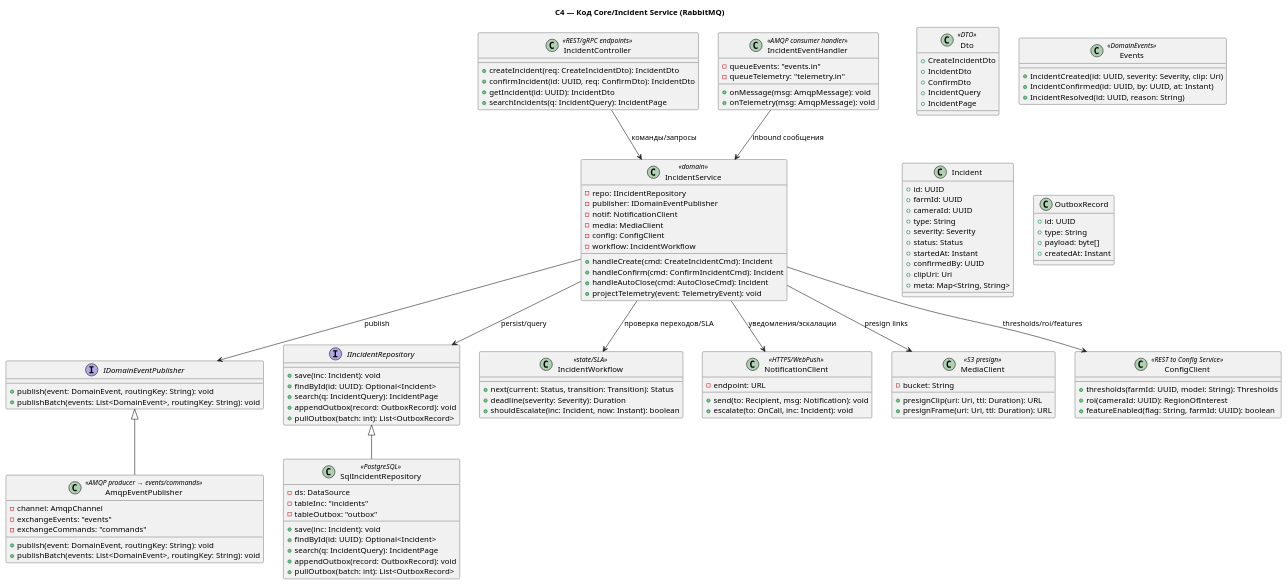
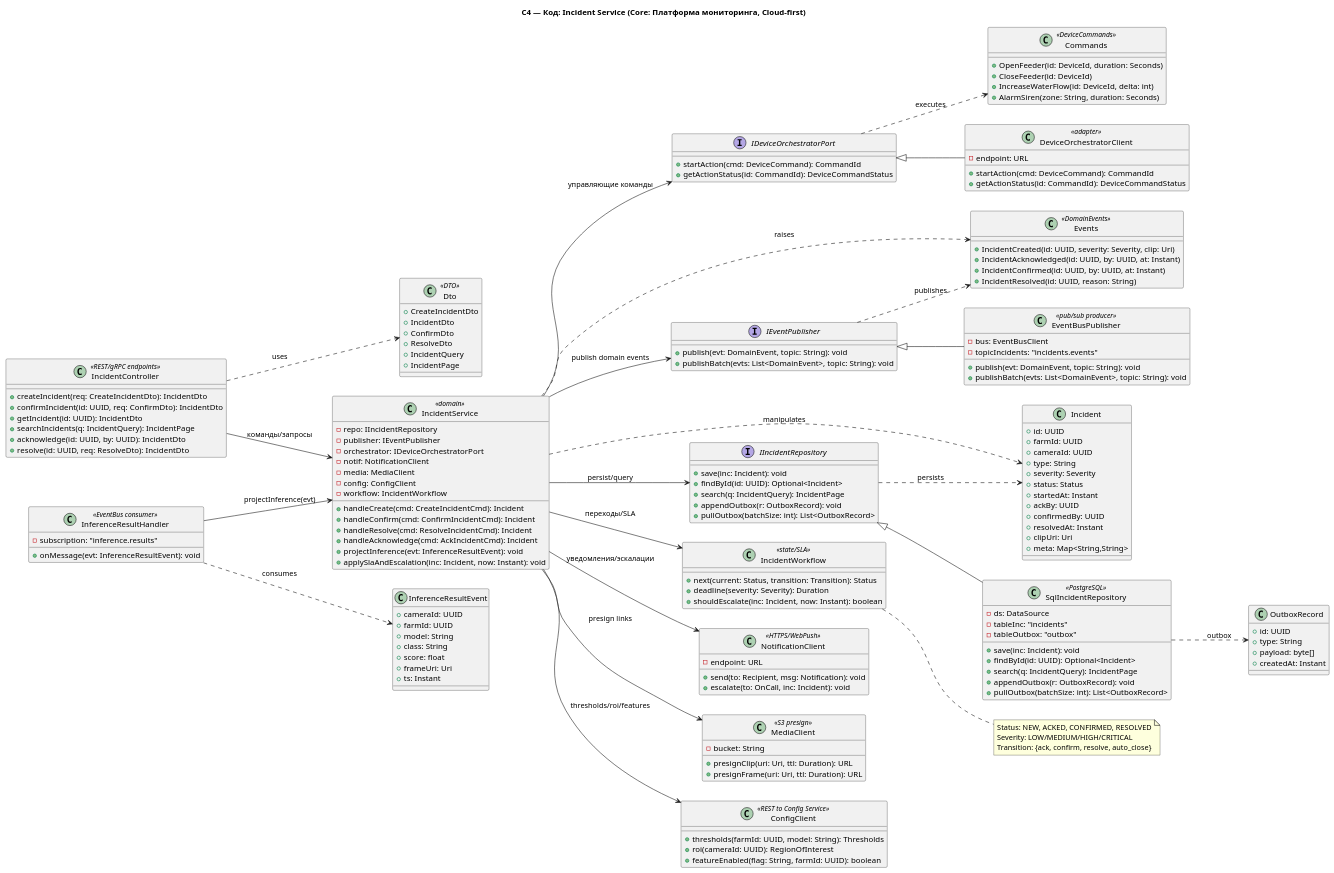
Before and after one commit to G-NighT/MSA-AgroTech: the diagram in Task3/C4-alt-core.puml, drawn with PlantUML. The commit also changed 10 other files, not shown here.

```diff
--- a/Task3/C4-alt-core.puml
+++ b/Task3/C4-alt-core.puml
@@ -1,154 +1,197 @@
 @startuml C4-alt-core
 
-top to bottom direction
+left to right direction
 
-title C4 — Код Core/Incident Service (RabbitMQ)
+title C4 — Код: Incident Service (Core: Платформа мониторинга, Cloud-first)
 
 ' Контроллер/хендлеры
 class IncidentController <<REST/gRPC endpoints>> {
   +createIncident(req: CreateIncidentDto): IncidentDto
   +confirmIncident(id: UUID, req: ConfirmDto): IncidentDto
   +getIncident(id: UUID): IncidentDto
   +searchIncidents(q: IncidentQuery): IncidentPage
+  +acknowledge(id: UUID, by: UUID): IncidentDto
+  +resolve(id: UUID, req: ResolveDto): IncidentDto
 }
 
-class IncidentEventHandler <<AMQP consumer handler>> {
-  -queueEvents: "events.in"
-  -queueTelemetry: "telemetry.in"
-  +onMessage(msg: AmqpMessage): void
-  +onTelemetry(msg: AmqpMessage): void
+class InferenceResultHandler <<EventBus consumer>> {
+  -subscription: "inference.results"
+  +onMessage(evt: InferenceResultEvent): void
 }
 
 ' Домен
 class IncidentService <<domain>> {
   -repo: IIncidentRepository
-  -publisher: IDomainEventPublisher
+  -publisher: IEventPublisher
+  -orchestrator: IDeviceOrchestratorPort
   -notif: NotificationClient
   -media: MediaClient
   -config: ConfigClient
   -workflow: IncidentWorkflow
   +handleCreate(cmd: CreateIncidentCmd): Incident
   +handleConfirm(cmd: ConfirmIncidentCmd): Incident
-  +handleAutoClose(cmd: AutoCloseCmd): Incident
-  +projectTelemetry(event: TelemetryEvent): void
+  +handleResolve(cmd: ResolveIncidentCmd): Incident
+  +handleAcknowledge(cmd: AckIncidentCmd): Incident
+  +projectInference(evt: InferenceResultEvent): void
+  +applySlaAndEscalation(inc: Incident, now: Instant): void
 }
 
 class IncidentWorkflow <<state/SLA>> {
   +next(current: Status, transition: Transition): Status
   +deadline(severity: Severity): Duration
   +shouldEscalate(inc: Incident, now: Instant): boolean
 }
 
-' Репозиторий/Outbox
+' Порты/адаптеры
 interface IIncidentRepository {
   +save(inc: Incident): void
   +findById(id: UUID): Optional<Incident>
   +search(q: IncidentQuery): IncidentPage
-  +appendOutbox(record: OutboxRecord): void
-  +pullOutbox(batch: int): List<OutboxRecord>
+  +appendOutbox(r: OutboxRecord): void
+  +pullOutbox(batchSize: int): List<OutboxRecord>
 }
 
 class SqlIncidentRepository <<PostgreSQL>> {
   -ds: DataSource
   -tableInc: "incidents"
   -tableOutbox: "outbox"
   +save(inc: Incident): void
   +findById(id: UUID): Optional<Incident>
   +search(q: IncidentQuery): IncidentPage
-  +appendOutbox(record: OutboxRecord): void
-  +pullOutbox(batch: int): List<OutboxRecord>
+  +appendOutbox(r: OutboxRecord): void
+  +pullOutbox(batchSize: int): List<OutboxRecord>
 }
 
-' Паблишер событий
-interface IDomainEventPublisher {
-  +publish(event: DomainEvent, routingKey: String): void
-  +publishBatch(events: List<DomainEvent>, routingKey: String): void
+interface IEventPublisher {
+  +publish(evt: DomainEvent, topic: String): void
+  +publishBatch(evts: List<DomainEvent>, topic: String): void
 }
 
-class AmqpEventPublisher <<AMQP producer → events/commands>> {
-  -channel: AmqpChannel
-  -exchangeEvents: "events"
-  -exchangeCommands: "commands"
-  +publish(event: DomainEvent, routingKey: String): void
-  +publishBatch(events: List<DomainEvent>, routingKey: String): void
+class EventBusPublisher <<pub/sub producer>> {
+  -bus: EventBusClient
+  -topicIncidents: "incidents.events"
+  +publish(evt: DomainEvent, topic: String): void
+  +publishBatch(evts: List<DomainEvent>, topic: String): void
 }
 
-' Клиенты
+interface IDeviceOrchestratorPort {
+  +startAction(cmd: DeviceCommand): CommandId
+  +getActionStatus(id: CommandId): DeviceCommandStatus
+}
+
+class DeviceOrchestratorClient <<adapter>> {
+  -endpoint: URL
+  +startAction(cmd: DeviceCommand): CommandId
+  +getActionStatus(id: CommandId): DeviceCommandStatus
+}
+
 class NotificationClient <<HTTPS/WebPush>> {
   -endpoint: URL
   +send(to: Recipient, msg: Notification): void
   +escalate(to: OnCall, inc: Incident): void
 }
 
 class MediaClient <<S3 presign>> {
   -bucket: String
   +presignClip(uri: Uri, ttl: Duration): URL
   +presignFrame(uri: Uri, ttl: Duration): URL
 }
 
 class ConfigClient <<REST to Config Service>> {
   +thresholds(farmId: UUID, model: String): Thresholds
   +roi(cameraId: UUID): RegionOfInterest
   +featureEnabled(flag: String, farmId: UUID): boolean
 }
 
-' DTO/Events/Entities
-class Dto <<DTO>> {
-  +CreateIncidentDto
-  +IncidentDto
-  +ConfirmDto
-  +IncidentQuery
-  +IncidentPage
-}
-
-class Events <<DomainEvents>> {
-  +IncidentCreated(id: UUID, severity: Severity, clip: Uri)
-  +IncidentConfirmed(id: UUID, by: UUID, at: Instant)
-  +IncidentResolved(id: UUID, reason: String)
-}
-
+' Модели/DTO/События/Команды
 class Incident {
   +id: UUID
   +farmId: UUID
   +cameraId: UUID
   +type: String
   +severity: Severity
   +status: Status
   +startedAt: Instant
+  +ackBy: UUID
   +confirmedBy: UUID
+  +resolvedAt: Instant
   +clipUri: Uri
-  +meta: Map<String, String>
+  +meta: Map<String,String>
 }
 
 class OutboxRecord {
   +id: UUID
   +type: String
   +payload: byte[]
   +createdAt: Instant
 }
 
+class Dto <<DTO>> {
+  +CreateIncidentDto
+  +IncidentDto
+  +ConfirmDto
+  +ResolveDto
+  +IncidentQuery
+  +IncidentPage
+}
+
+class Events <<DomainEvents>> {
+  +IncidentCreated(id: UUID, severity: Severity, clip: Uri)
+  +IncidentAcknowledged(id: UUID, by: UUID, at: Instant)
+  +IncidentConfirmed(id: UUID, by: UUID, at: Instant)
+  +IncidentResolved(id: UUID, reason: String)
+}
+
+class InferenceResultEvent {
+  +cameraId: UUID
+  +farmId: UUID
+  +model: String
+  +class: String
+  +score: float
+  +frameUri: Uri
+  +ts: Instant
+}
+
+class Commands <<DeviceCommands>> {
+  +OpenFeeder(id: DeviceId, duration: Seconds)
+  +CloseFeeder(id: DeviceId)
+  +IncreaseWaterFlow(id: DeviceId, delta: int)
+  +AlarmSiren(zone: String, duration: Seconds)
+}
+
 ' Связи
 IncidentController --> IncidentService : команды/запросы
-IncidentEventHandler --> IncidentService : inbound сообщения
+InferenceResultHandler --> IncidentService : projectInference(evt)
+
 IncidentService --> IIncidentRepository : persist/query
 SqlIncidentRepository -up-|> IIncidentRepository
-IncidentService --> IDomainEventPublisher : publish
-AmqpEventPublisher -up-|> IDomainEventPublisher
+
+IncidentService --> IEventPublisher : publish domain events
+EventBusPublisher -up-|> IEventPublisher
+
+IncidentService --> IDeviceOrchestratorPort : управляющие команды
+DeviceOrchestratorClient -up-|> IDeviceOrchestratorPort
+
 IncidentService --> NotificationClient : уведомления/эскалации
 IncidentService --> MediaClient : presign links
 IncidentService --> ConfigClient : thresholds/roi/features
-IncidentService --> IncidentWorkflow : проверка переходов/SLA
+IncidentService --> IncidentWorkflow : переходы/SLA
 
-' Раскомментируйте связи ниже, чтобы показать зависимости моделей (что чем пользуется)
-'IncidentController ..> Dto : uses
-'IncidentEventHandler ..> Events : consumes
-'IncidentService ..> Incident : manipulates
-'IncidentService ..> Events : raises
-'IIncidentRepository ..> Incident : persists
-'SqlIncidentRepository ..> Incident : maps
-'IIncidentRepository ..> OutboxRecord : outbox
-'SqlIncidentRepository ..> OutboxRecord : outbox
-'IDomainEventPublisher ..> Events : publishes
-'AmqpEventPublisher ..> Events : publishes
+' Зависимостные связи на модели/DTO/Events/Commands
+IncidentController ..> Dto : uses
+InferenceResultHandler ..> InferenceResultEvent : consumes
+IncidentService ..> Incident : manipulates
+IncidentService ..> Events : raises
+IIncidentRepository ..> Incident : persists
+SqlIncidentRepository ..> OutboxRecord : outbox
+IEventPublisher ..> Events : publishes
+IDeviceOrchestratorPort ..> Commands : executes
+
+' Примечания
+note right of IncidentWorkflow
+  Status: NEW, ACKED, CONFIRMED, RESOLVED
+  Severity: LOW/MEDIUM/HIGH/CRITICAL
+  Transition: {ack, confirm, resolve, auto_close}
+end note
 
 @enduml
```
